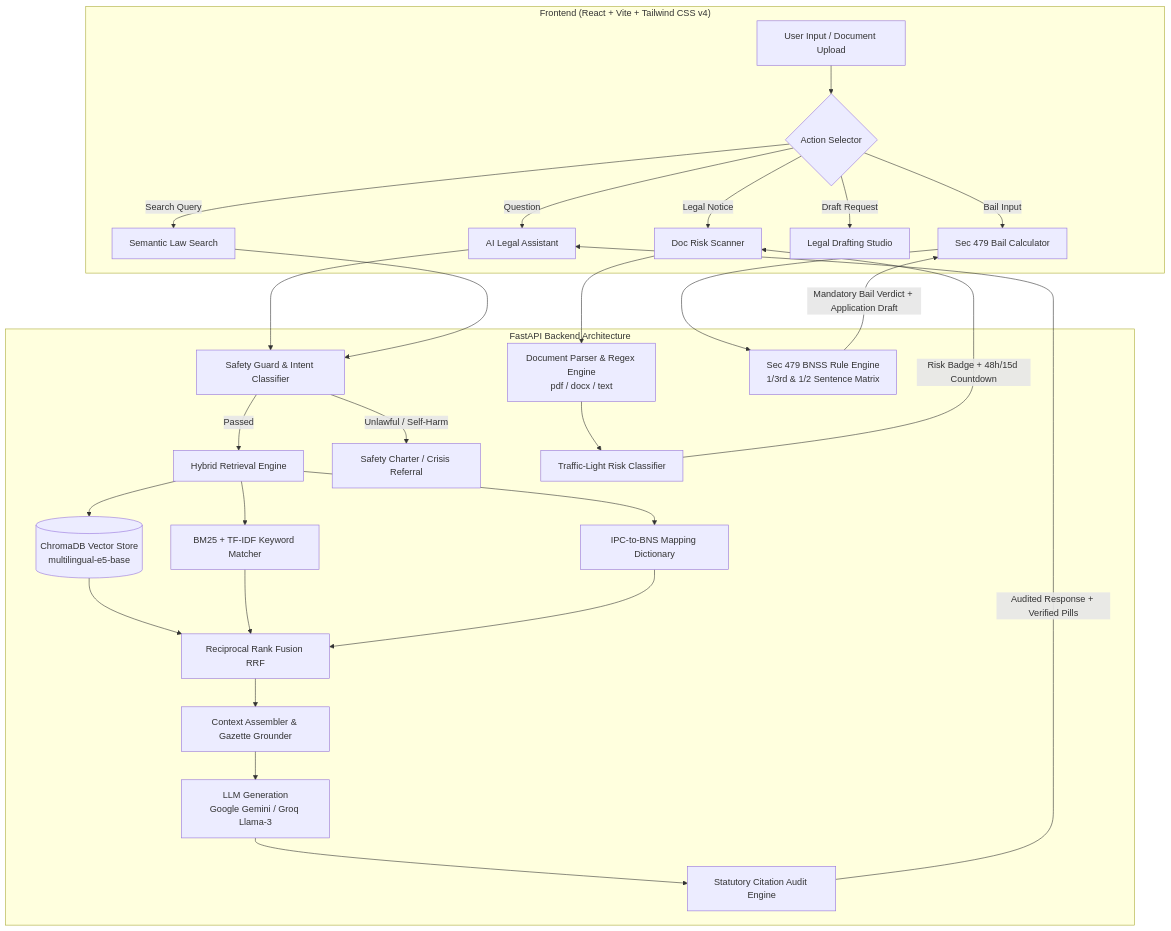
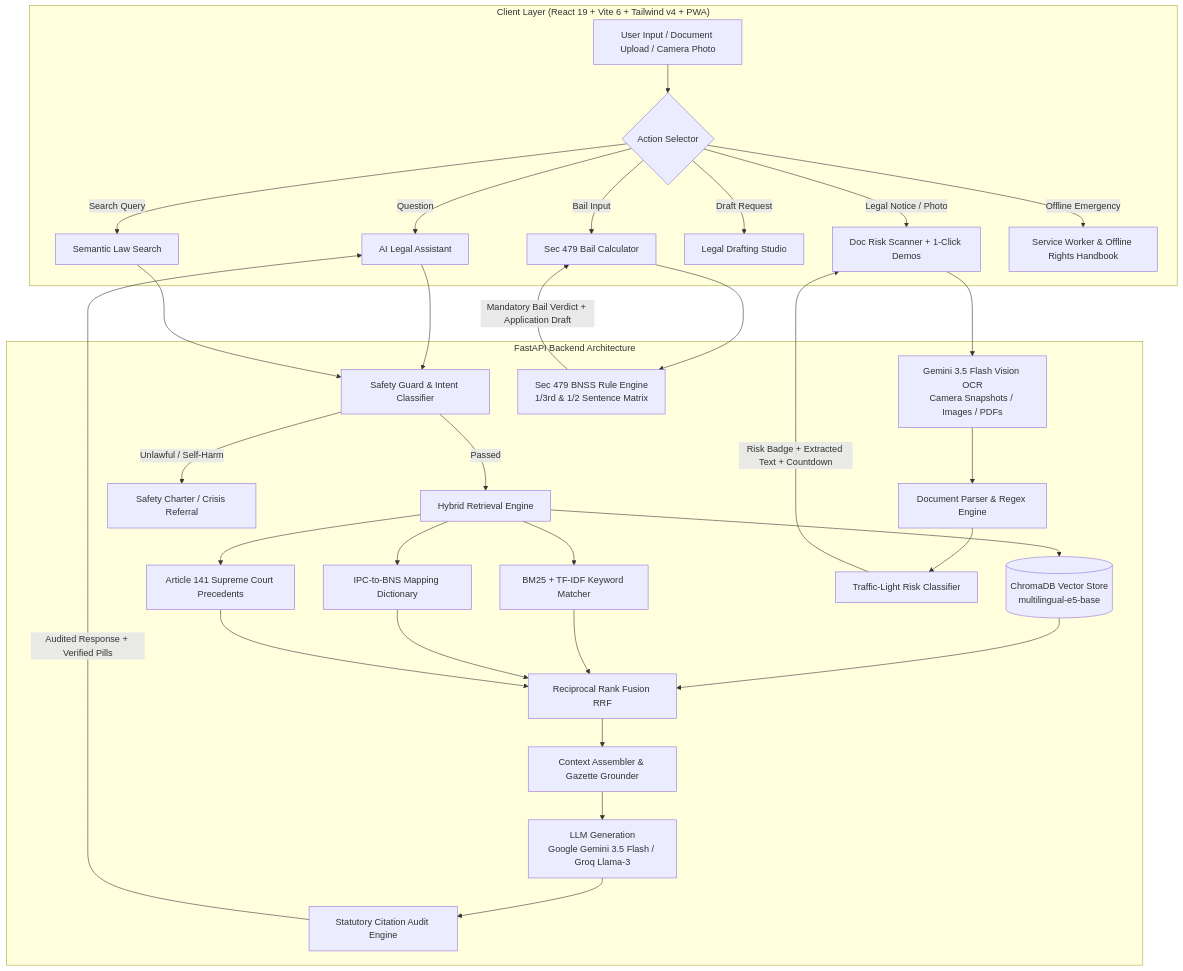
The diagram in README.md (ravnoor-1407/Nyaya-Sahayak-Legal-AI-Assistant), drawn with Mermaid before and after one commit. The commit also changed other lines of this file, not shown here.

Commit message:
Update README.md with latest iterations: Gemini 3.5 Flash Vision OCR, unified demo_test_cases, PWA offline handbook, SC precedents, and category-wise Acts

````diff
--- a/README.md
+++ b/README.md
@@ -118,36 +128,39 @@
 ```mermaid
 flowchart TD
-    subgraph UI ["Frontend (React + Vite + Tailwind CSS v4)"]
-        A[User Input / Document Upload] --> B{Action Selector}
-        B -->|Question| C[AI Legal Assistant]
-        B -->|Legal Notice| D[Doc Risk Scanner]
-        B -->|Bail Input| E[Sec 479 Bail Calculator]
-        B -->|Draft Request| F[Legal Drafting Studio]
-        B -->|Search Query| G[Semantic Law Search]
+    subgraph Client ["Client Layer (React 19 + Vite 6 + Tailwind v4 + PWA)"]
+        A["User Input / Document Upload / Camera Photo"] --> B{"Action Selector"}
+        B -->|Question| C["AI Legal Assistant"]
+        B -->|Legal Notice / Photo| D["Doc Risk Scanner + 1-Click Demos"]
+        B -->|Bail Input| E["Sec 479 Bail Calculator"]
+        B -->|Draft Request| F["Legal Drafting Studio"]
+        B -->|Search Query| G["Semantic Law Search"]
+        B -->|Offline Emergency| SW["Service Worker & Offline Rights Handbook"]
     end
 
     subgraph Backend ["FastAPI Backend Architecture"]
-        C & G --> H[Safety Guard & Intent Classifier]
-        H -->|Passed| I[Hybrid Retrieval Engine]
-        H -->|Unlawful / Self-Harm| J[Safety Charter / Crisis Referral]
+        C & G --> H["Safety Guard & Intent Classifier"]
+        H -->|Passed| I["Hybrid Retrieval Engine"]
+        H -->|Unlawful / Self-Harm| J["Safety Charter / Crisis Referral"]
 
-        I --> K[(ChromaDB Vector Store<br/>multilingual-e5-base)]
-        I --> L[BM25 + TF-IDF Keyword Matcher]
-        I --> M[IPC-to-BNS Mapping Dictionary]
+        I --> K[("ChromaDB Vector Store<br/>multilingual-e5-base")]
+        I --> L["BM25 + TF-IDF Keyword Matcher"]
+        I --> M["IPC-to-BNS Mapping Dictionary"]
+        I --> SC["Article 141 Supreme Court Precedents"]
 
-        K & L & M --> N[Reciprocal Rank Fusion RRF]
-        N --> O[Context Assembler & Gazette Grounder]
+        K & L & M & SC --> N["Reciprocal Rank Fusion RRF"]
+        N --> O["Context Assembler & Gazette Grounder"]
 
-        O --> P[LLM Generation<br/>Google Gemini / Groq Llama-3]
-        P --> Q[Statutory Citation Audit Engine]
+        O --> P["LLM Generation<br/>Google Gemini 3.5 Flash / Groq Llama-3"]
+        P --> Q["Statutory Citation Audit Engine"]
 
-        D --> R[Document Parser & Regex Engine<br/>pdf / docx / text]
-        R --> S[Traffic-Light Risk Classifier]
+        D --> V["Gemini 3.5 Flash Vision OCR<br/>Camera Snapshots / Images / PDFs"]
+        V --> R["Document Parser & Regex Engine"]
+        R --> S["Traffic-Light Risk Classifier"]
 
-        E --> T[Sec 479 BNSS Rule Engine<br/>1/3rd & 1/2 Sentence Matrix]
+        E --> T["Sec 479 BNSS Rule Engine<br/>1/3rd & 1/2 Sentence Matrix"]
     end
 
     Q -->|Audited Response + Verified Pills| C
-    S -->|Risk Badge + 48h/15d Countdown| D
+    S -->|Risk Badge + Extracted Text + Countdown| D
     T -->|Mandatory Bail Verdict + Application Draft| E
 ```
````
